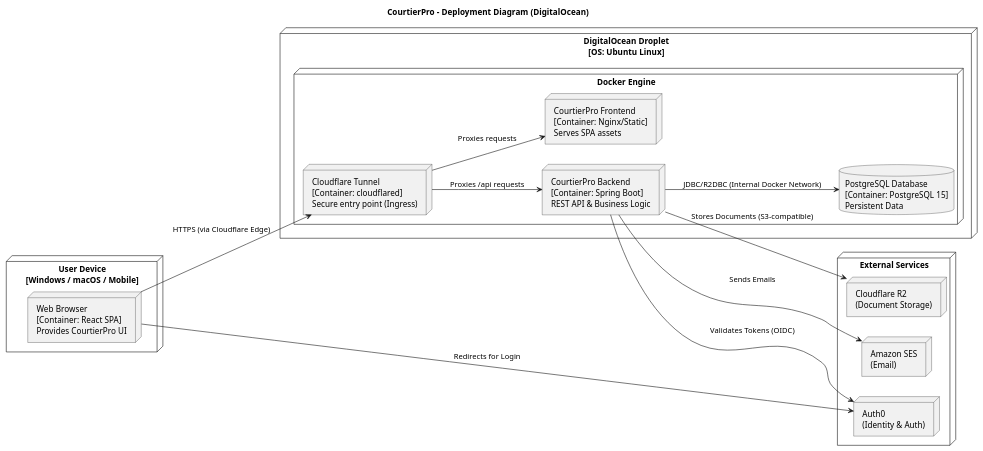
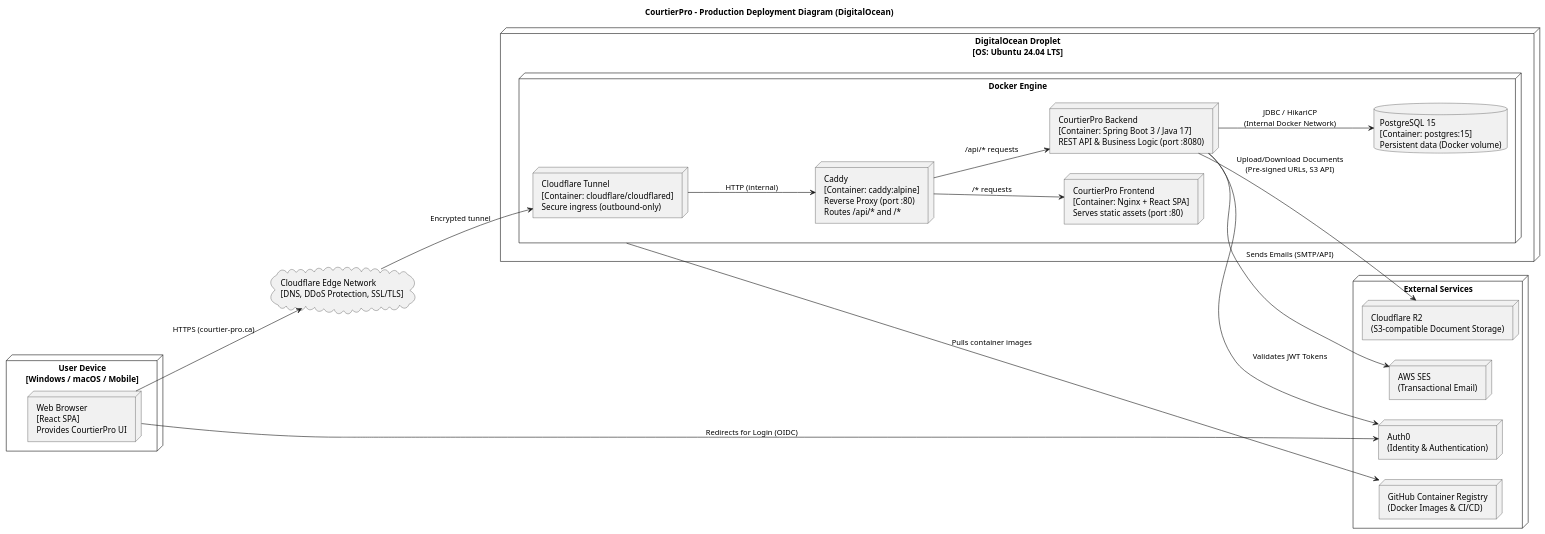
One commit to CourtierPro/CourtierPro changed the diagram in docs/diagrams/CourtierProC4L3Deployment.puml. Above: the diagram before and after it, drawn with PlantUML. The commit also changed 2 other files, not shown here.

Commit message:
docs: comprehensive deployment handoff instructions
- Rewrite Deployer Handoff Instructions.md with full production architecture,
  accounts/credentials, monitoring, restart procedures, database management
- Add LaTeX version for academic submission (Deployer Handoff Instructions.tex)
- Update CourtierProC4L3Deployment.puml: add Caddy reverse proxy, Cloudflare
  Edge, GHCR; fix JDBC/HikariCP; clarify container details
- Reference PlantUML diagram; remove ASCII art in favour of rendered image

```diff
--- a/docs/diagrams/CourtierProC4L3Deployment.puml
+++ b/docs/diagrams/CourtierProC4L3Deployment.puml
@@ -1,57 +1,68 @@
 @startuml
-title CourtierPro - Deployment Diagram (DigitalOcean)
+title CourtierPro - Production Deployment Diagram (DigitalOcean)
 
 left to right direction
 skinparam nodeStyle rectangle
 
 ' ==========================
 ' User Side
 ' ==========================
 node "User Device\n[Windows / macOS / Mobile]" as Device {
-  node "Web Browser\n[Container: React SPA]\nProvides CourtierPro UI" as Browser
+  node "Web Browser\n[React SPA]\nProvides CourtierPro UI" as Browser
 }
 
 ' ==========================
-' Cloud / Production
+' Cloudflare Edge
 ' ==========================
-node "DigitalOcean Droplet\n[OS: Ubuntu Linux]" as DO_VM {
-  
+cloud "Cloudflare Edge Network\n[DNS, DDoS Protection, SSL/TLS]" as CloudflareEdge
+
+' ==========================
+' Production VM
+' ==========================
+node "DigitalOcean Droplet\n[OS: Ubuntu 24.04 LTS]" as DO_VM {
+
   node "Docker Engine" as Docker {
-    
-    node "Cloudflare Tunnel\n[Container: cloudflared]\nSecure entry point (Ingress)" as Tunnel
-    
-    node "CourtierPro Frontend\n[Container: Nginx/Static]\nServes SPA assets" as Frontend
-    
-    node "CourtierPro Backend\n[Container: Spring Boot]\nREST API & Business Logic" as Backend
-    
-    database "PostgreSQL Database\n[Container: PostgreSQL 15]\nPersistent Data" as DB
+
+    node "Cloudflare Tunnel\n[Container: cloudflare/cloudflared]\nSecure ingress (outbound-only)" as Tunnel
+
+    node "Caddy\n[Container: caddy:alpine]\nReverse Proxy (port :80)\nRoutes /api/* and /*" as Caddy
+
+    node "CourtierPro Frontend\n[Container: Nginx + React SPA]\nServes static assets (port :80)" as Frontend
+
+    node "CourtierPro Backend\n[Container: Spring Boot 3 / Java 17]\nREST API & Business Logic (port :8080)" as Backend
+
+    database "PostgreSQL 15\n[Container: postgres:15]\nPersistent data (Docker volume)" as DB
   }
 }
 
 ' ==========================
 ' External Services
 ' ==========================
 node "External Services" as Ext {
-  node "Auth0\n(Identity & Auth)" as Auth0
-  node "Cloudflare R2\n(Document Storage)" as R2
-  node "Amazon SES\n(Email)" as SES
+  node "Auth0\n(Identity & Authentication)" as Auth0
+  node "Cloudflare R2\n(S3-compatible Document Storage)" as R2
+  node "AWS SES\n(Transactional Email)" as SES
+  node "GitHub Container Registry\n(Docker Images & CI/CD)" as GHCR
 }
 
 ' ==========================
 ' Connections
 ' ==========================
-' Ingress
-Browser --> Tunnel : HTTPS (via Cloudflare Edge)
-Tunnel --> Frontend : Proxies requests
-Tunnel --> Backend : Proxies /api requests
+' Ingress path
+Browser --> CloudflareEdge : HTTPS (courtier-pro.ca)
+CloudflareEdge --> Tunnel : Encrypted tunnel
+Tunnel --> Caddy : HTTP (internal)
+Caddy --> Frontend : /* requests
+Caddy --> Backend : /api/* requests
 
 ' Internal
-Backend --> DB : JDBC/R2DBC (Internal Docker Network)
+Backend --> DB : JDBC / HikariCP\n(Internal Docker Network)
 
 ' External
-Browser --> Auth0 : Redirects for Login
-Backend --> Auth0 : Validates Tokens (OIDC)
-Backend --> R2 : Stores Documents (S3-compatible)
-Backend --> SES : Sends Emails
+Browser --> Auth0 : Redirects for Login (OIDC)
+Backend --> Auth0 : Validates JWT Tokens
+Backend --> R2 : Upload/Download Documents\n(Pre-signed URLs, S3 API)
+Backend --> SES : Sends Emails (SMTP/API)
+Docker --> GHCR : Pulls container images
 
 @enduml
```
